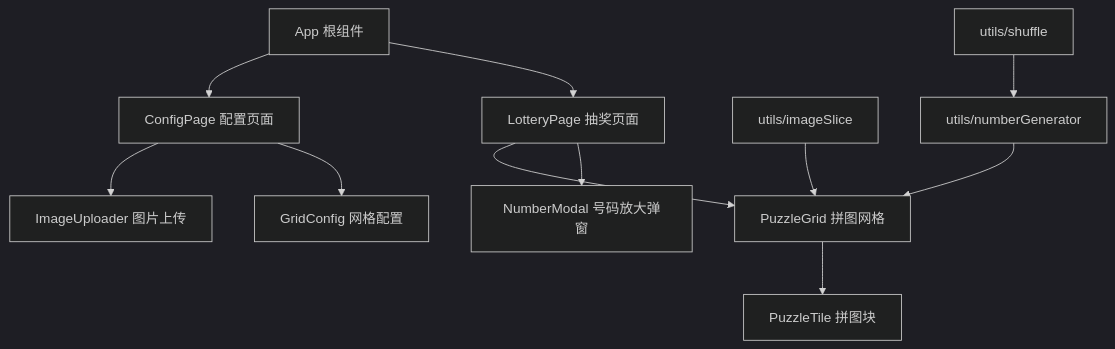
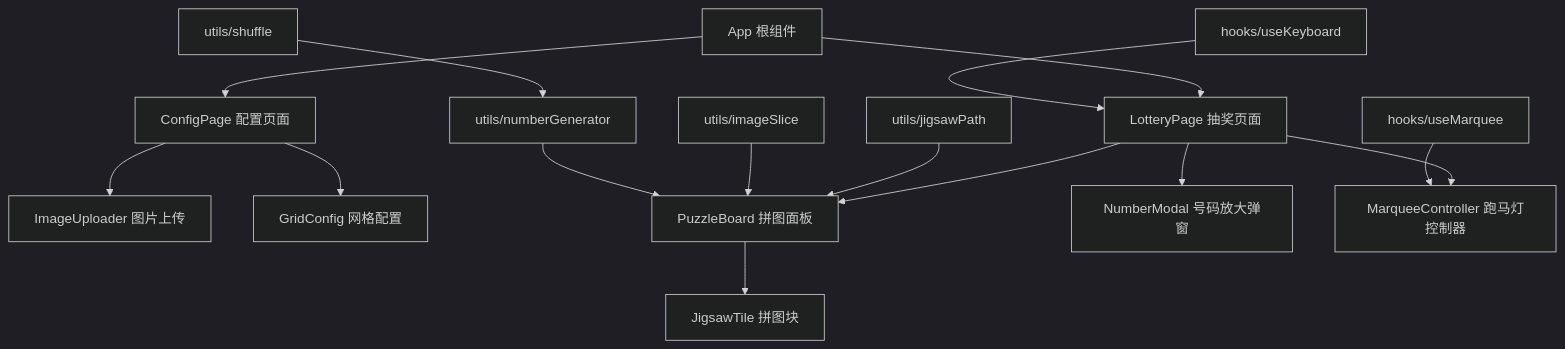
Before and after one commit to renzhan/lottery: the first of 3 diagrams in .kiro/specs/lottery-puzzle-system/design.md, drawn with Mermaid (dark theme). The commit also changed other lines of this file and 26 other files, not shown here.

First line of the commit message:
feat: 重写拼图系统 — 经典拼图凸凹形状 + 完整图片clipPath裁切

````diff
--- a/.kiro/specs/lottery-puzzle-system/design.md
+++ b/.kiro/specs/lottery-puzzle-system/design.md
@@ -25,14 +31,18 @@
 ```mermaid
 graph TD
     A[App 根组件] --> B[ConfigPage 配置页面]
     A --> C[LotteryPage 抽奖页面]
     B --> D[ImageUploader 图片上传]
     B --> E[GridConfig 网格配置]
-    C --> F[PuzzleGrid 拼图网格]
+    C --> F[PuzzleBoard 拼图面板]
     C --> G[NumberModal 号码放大弹窗]
-    F --> H[PuzzleTile 拼图块]
+    C --> H[MarqueeController 跑马灯控制器]
+    F --> I[JigsawTile 拼图块]
     
-    I[utils/imageSlice] --> F
-    J[utils/numberGenerator] --> F
-    K[utils/shuffle] --> J
+    J[utils/jigsawPath] --> F
+    K[utils/imageSlice] --> F
+    L[utils/numberGenerator] --> F
+    M[utils/shuffle] --> L
+    N[hooks/useMarquee] --> H
+    O[hooks/useKeyboard] --> C
 ```
````
